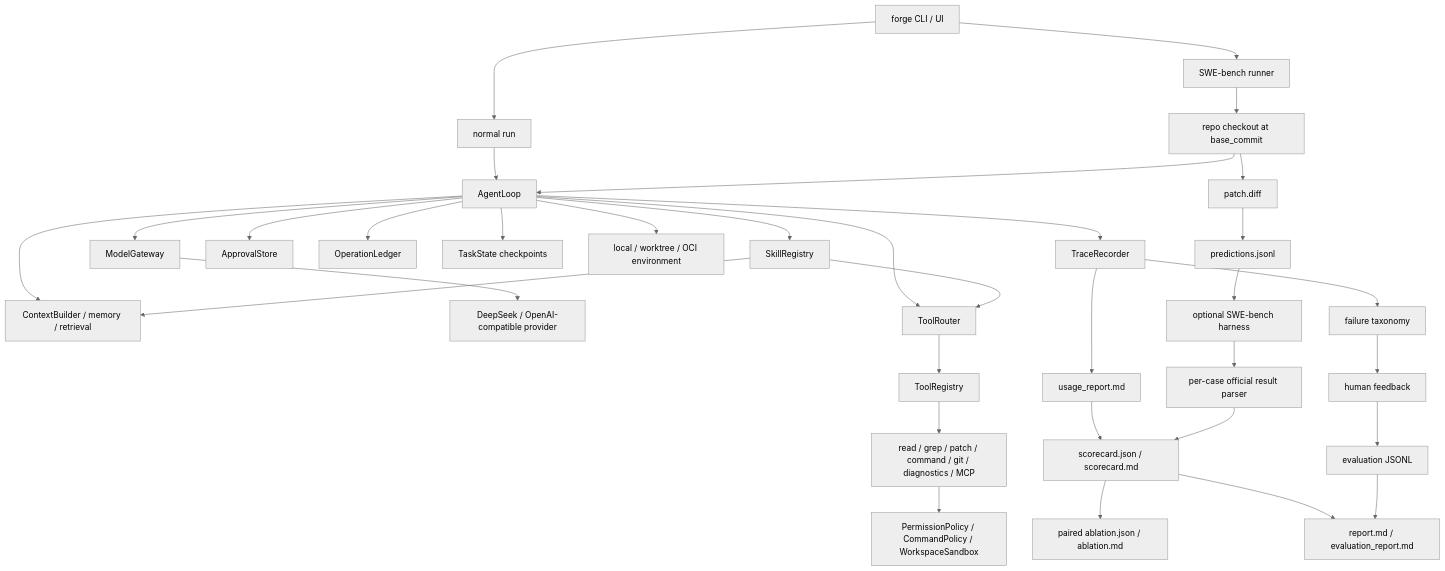
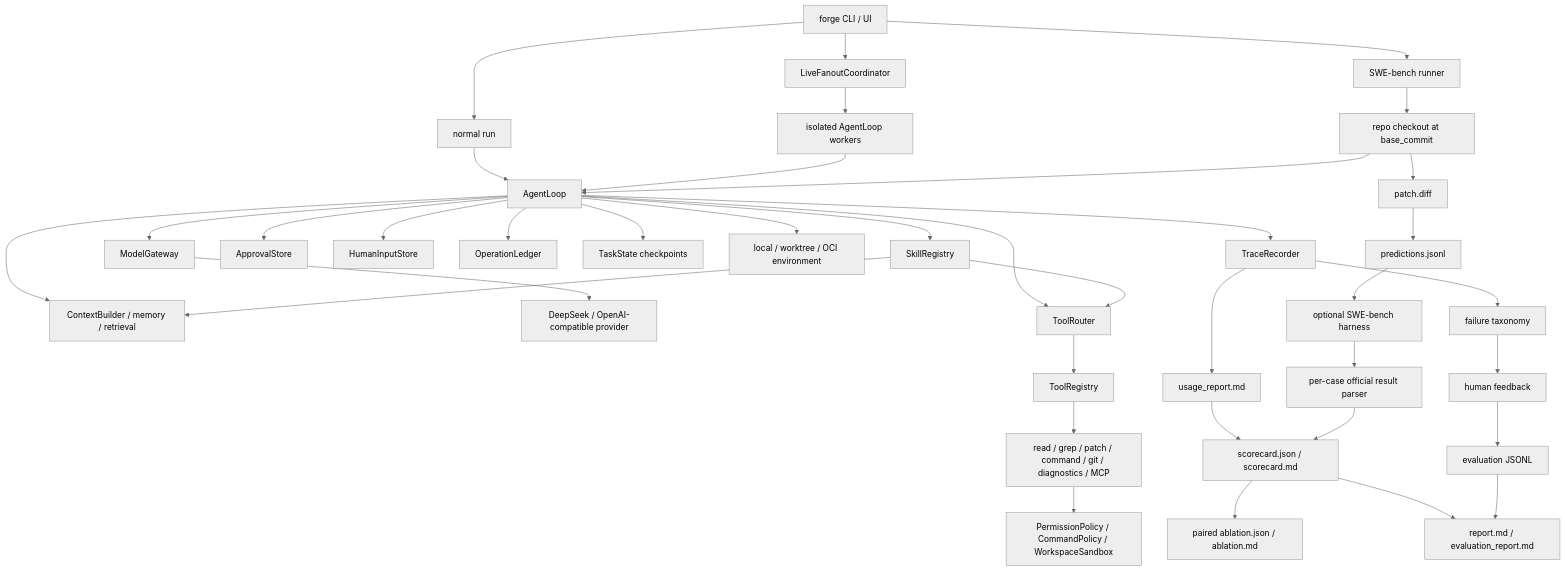
One commit to semi-hollow/NanoHarness changed the diagram in README.md. Above: the diagram before and after it, drawn with Mermaid (neutral theme). The commit also changed other lines of this file and 39 other files, not shown here.

Commit message:
Add durable human input and isolated live fanout

````diff
--- a/README.md
+++ b/README.md
@@ -233,36 +273,40 @@
 ```mermaid
 flowchart TD
     CLI["forge CLI / UI"] --> Run["normal run"]
+    CLI --> Fanout["LiveFanoutCoordinator"]
     CLI --> Bench["SWE-bench runner"]
     Bench --> Checkout["repo checkout at base_commit"]
     Run --> Loop["AgentLoop"]
+    Fanout --> Worker["isolated AgentLoop workers"]
+    Worker --> Loop
     Checkout --> Loop
     Loop --> Context["ContextBuilder / memory / retrieval"]
     Loop --> Gateway["ModelGateway"]
     Gateway --> LLM["DeepSeek / OpenAI-compatible provider"]
     Loop --> Skills["SkillRegistry"]
     Loop --> Router["ToolRouter"]
     Skills --> Context
     Skills --> Router
     Router --> Registry["ToolRegistry"]
     Registry --> Tools["read / grep / patch / command / git / diagnostics / MCP"]
     Tools --> Safety["PermissionPolicy / CommandPolicy / WorkspaceSandbox"]
     Loop --> Approval["ApprovalStore"]
+    Loop --> Human["HumanInputStore"]
     Loop --> Ledger["OperationLedger"]
     Loop --> State["TaskState checkpoints"]
     Loop --> Environment["local / worktree / OCI environment"]
     Loop --> Trace["TraceRecorder"]
     Trace --> Usage["usage_report.md"]
     Trace --> Diagnosis["failure taxonomy"]
     Diagnosis --> Feedback["human feedback"]
     Feedback --> Dataset["evaluation JSONL"]
     Checkout --> Patch["patch.diff"]
     Patch --> Predictions["predictions.jsonl"]
     Predictions --> Official["optional SWE-bench harness"]
     Official --> Parser["per-case official result parser"]
     Usage --> Scorecard["scorecard.json / scorecard.md"]
     Parser --> Scorecard
     Scorecard --> Ablation["paired ablation.json / ablation.md"]
     Scorecard --> Report["report.md / evaluation_report.md"]
     Dataset --> Report
 ```
````
